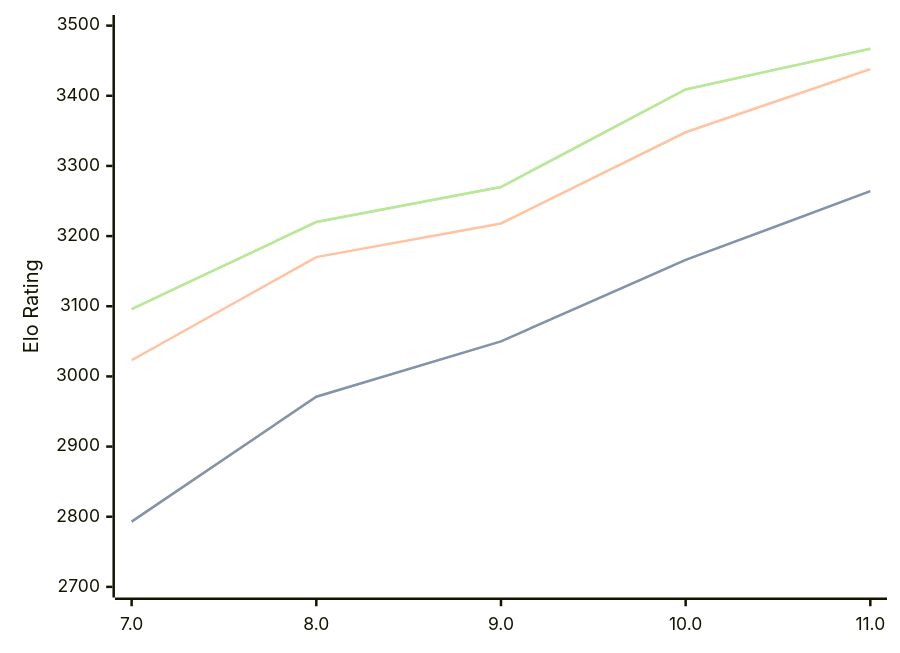
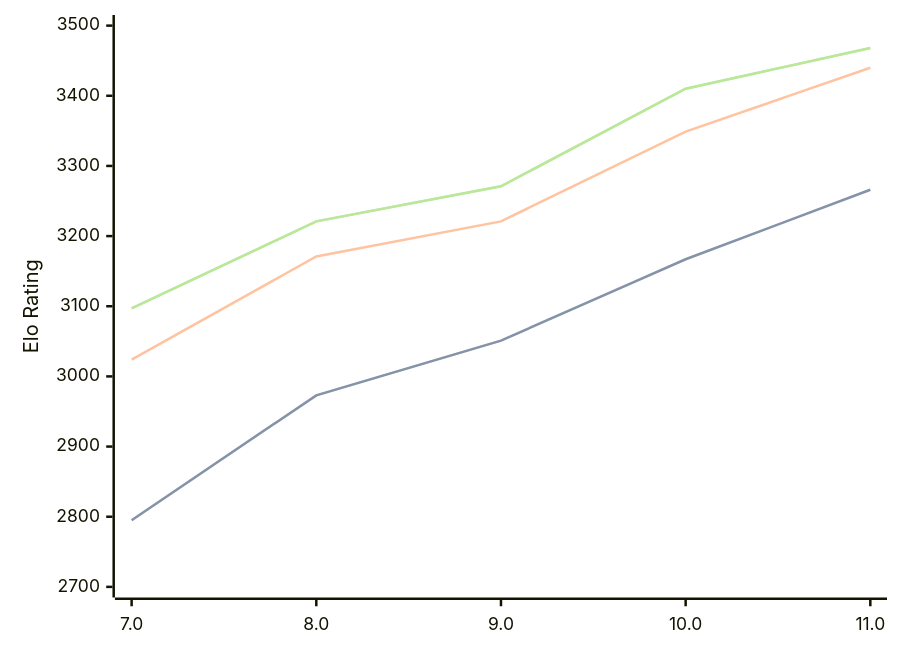
One commit to computer-chess-index/cci changed the diagram in engines/Tcheran.md. Above: the diagram before and after it, drawn with Mermaid. The commit also changed other lines of this file, not shown here.

Commit message:
Update CCI Ratings (ELO VLTC) - 2026-03-29

````diff
--- a/engines/Tcheran.md
+++ b/engines/Tcheran.md
@@ -49,11 +49,11 @@
 ```mermaid
 %%{init: {"theme":"base","themeVariables":{"seriesColors:['#a3a3a3','#222221','#faa371']}}}%%
 xychart-beta
   x-axis ["7.0", "8.0", "9.0", "10.0", "11.0"]
   y-axis "Elo Rating" 2700 --> 3500
-  line "STC (8.0+0.08s)" [2793, 2971, 3050, 3166, 3264]
-  line "STC (8.0+0.08s)" [2793, 2971, 3050, 3166, 3264]
-  line "LTC (60.0+0.60s)" [3023, 3170, 3218, 3348, 3438]
-  line "VLTC (2m24s+1.12s)" [3096, 3220, 3270, 3409, 3467]
-  line "VLTC (2m24s+1.12s)" [3096, 3220, 3270, 3409, 3467]
+  line "STC (8.0+0.08s)" [2795, 2973, 3051, 3167, 3266]
+  line "STC (8.0+0.08s)" [2795, 2973, 3051, 3167, 3266]
+  line "LTC (60.0+0.60s)" [3024, 3171, 3221, 3349, 3440]
+  line "VLTC (2m24s+1.12s)" [3097, 3221, 3271, 3410, 3468]
+  line "VLTC (2m24s+1.12s)" [3097, 3221, 3271, 3410, 3468]
 ```
````
